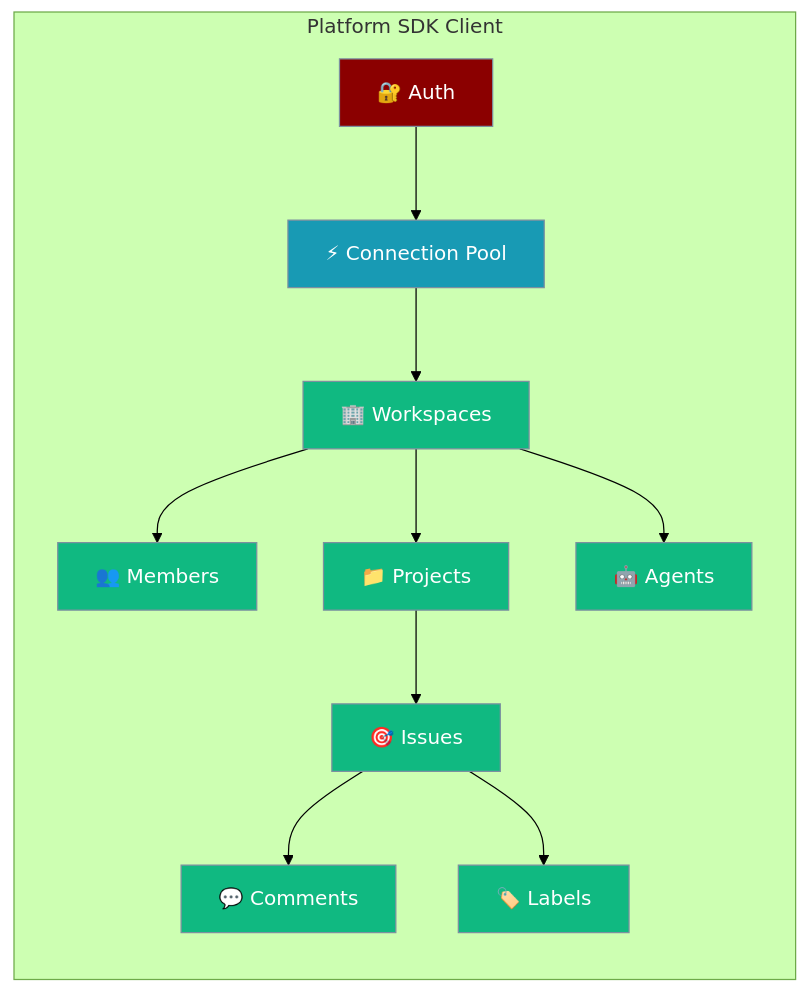
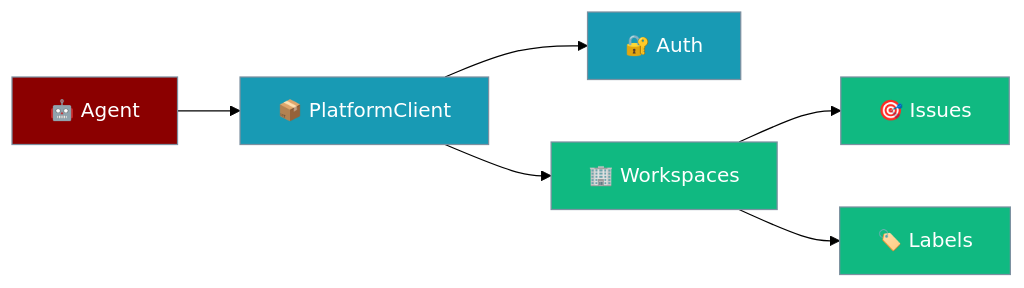
Before and after one commit to MervinPraison/PraisonAIDocs: the first of 2 diagrams in docs/features/platform-sdk.mdx, drawn with Mermaid (forest theme). The commit also changed other lines of this file and 4 other files, not shown here.

````diff
--- a/docs/features/platform-sdk.mdx
+++ b/docs/features/platform-sdk.mdx
@@ -10,21 +28,16 @@
 ```mermaid
 graph LR
-    subgraph "Platform SDK Client"
-        A[🔐 Auth] --> B[⚡ Connection Pool]
-        B --> C[🏢 Workspaces]
-        C --> D[👥 Members]
-        C --> E[📁 Projects]
-        E --> F[🎯 Issues]
-        F --> G[💬 Comments]
-        C --> H[🤖 Agents]
-        F --> I[🏷️ Labels]
-    end
-    
-    classDef auth fill:#8B0000,stroke:#7C90A0,color:#fff
-    classDef pool fill:#189AB4,stroke:#7C90A0,color:#fff
-    classDef resources fill:#10B981,stroke:#7C90A0,color:#fff
-    
-    class A auth
-    class B pool
-    class C,D,E,F,G,H,I resources
+    Agent[🤖 Agent] --> Client[📦 PlatformClient]
+    Client --> Auth[🔐 Auth]
+    Client --> WS[🏢 Workspaces]
+    WS --> Issues[🎯 Issues]
+    WS --> Labels[🏷️ Labels]
+
+    classDef agent fill:#8B0000,stroke:#7C90A0,color:#fff
+    classDef client fill:#189AB4,stroke:#7C90A0,color:#fff
+    classDef resource fill:#10B981,stroke:#7C90A0,color:#fff
+
+    class Agent agent
+    class Client,Auth client
+    class WS,Issues,Labels resource
 ```
````
